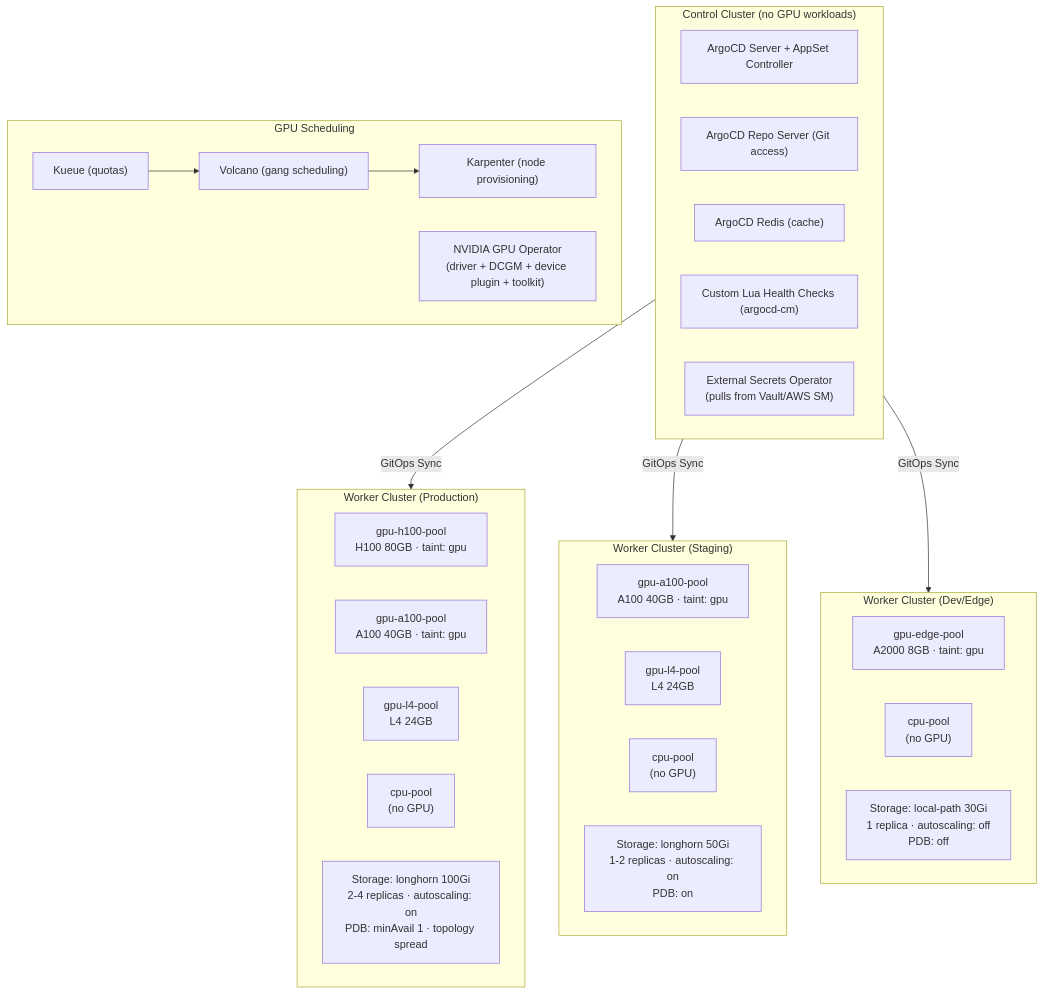
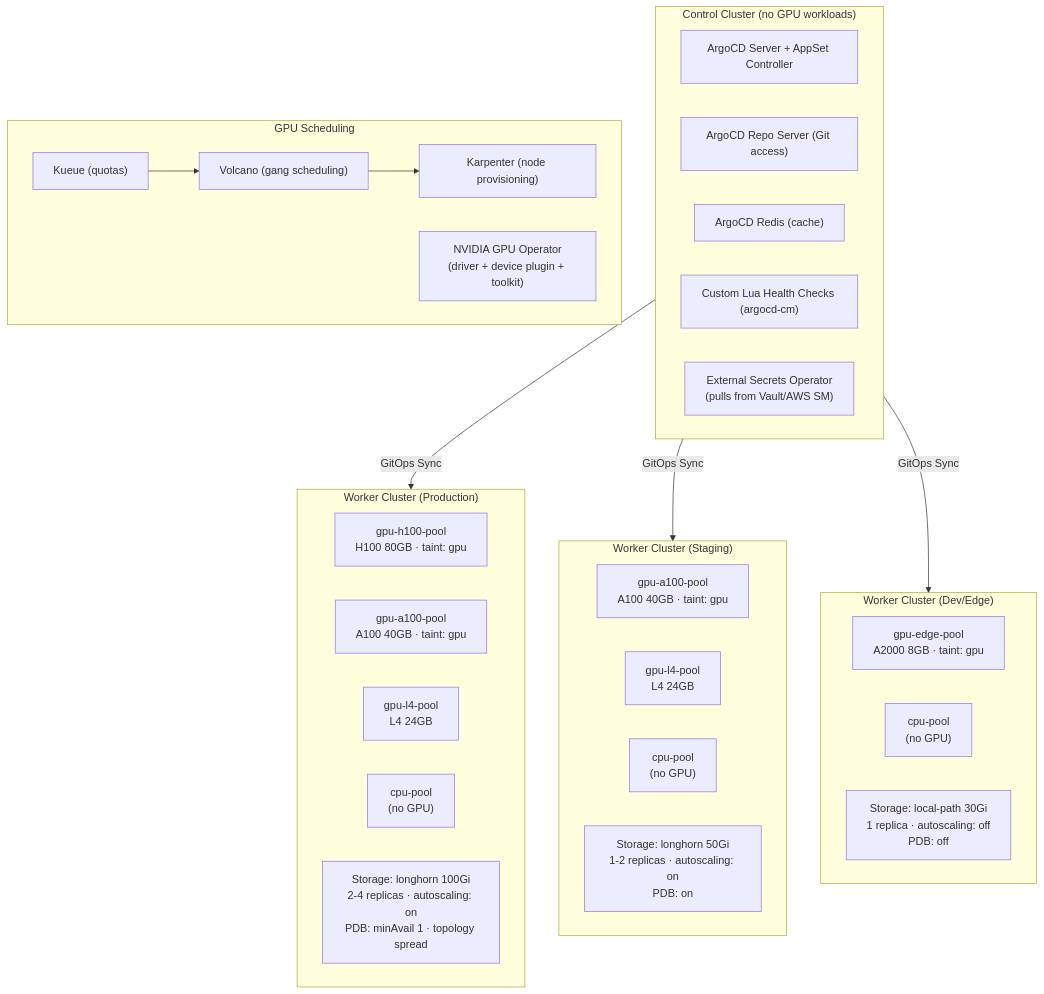
The fourth of 7 diagrams in README.md (ADORSYS-GIS/Custom-Ai-Ops), drawn with Mermaid before and after one commit. The commit also changed other lines of this file and 111 other files, not shown here.

````diff
--- a/README.md
+++ b/README.md
@@ -307,43 +248,43 @@
 ```mermaid
 graph TB
     subgraph Control["Control Cluster (no GPU workloads)"]
         ARGOCD["ArgoCD Server + AppSet Controller"]
         REPO["ArgoCD Repo Server (Git access)"]
         REDIS["ArgoCD Redis (cache)"]
         LUA["Custom Lua Health Checks (argocd-cm)"]
         ESO["External Secrets Operator<br/>(pulls from Vault/AWS SM)"]
     end
 
     Control -->|GitOps Sync| Prod
     Control -->|GitOps Sync| Staging
     Control -->|GitOps Sync| Dev
 
     subgraph Prod["Worker Cluster (Production)"]
         P1["gpu-h100-pool<br/>H100 80GB · taint: gpu"]
         P2["gpu-a100-pool<br/>A100 40GB · taint: gpu"]
         P3["gpu-l4-pool<br/>L4 24GB"]
         P4["cpu-pool<br/>(no GPU)"]
         P_STOR["Storage: longhorn 100Gi<br/>2-4 replicas · autoscaling: on<br/>PDB: minAvail 1 · topology spread"]
     end
 
     subgraph Staging["Worker Cluster (Staging)"]
         S1["gpu-a100-pool<br/>A100 40GB · taint: gpu"]
         S2["gpu-l4-pool<br/>L4 24GB"]
         S3["cpu-pool<br/>(no GPU)"]
         S_STOR["Storage: longhorn 50Gi<br/>1-2 replicas · autoscaling: on<br/>PDB: on"]
     end
 
     subgraph Dev["Worker Cluster (Dev/Edge)"]
         D1["gpu-edge-pool<br/>A2000 8GB · taint: gpu"]
         D2["cpu-pool<br/>(no GPU)"]
         D_STOR["Storage: local-path 30Gi<br/>1 replica · autoscaling: off<br/>PDB: off"]
     end
 
     subgraph Scheduling["GPU Scheduling"]
         KUEUE["Kueue (quotas)"]
         VOLCANO["Volcano (gang scheduling)"]
         KARPENTER["Karpenter (node provisioning)"]
-        GPUOP["NVIDIA GPU Operator<br/>(driver + DCGM + device plugin + toolkit)"]
+        GPUOP["NVIDIA GPU Operator<br/>(driver + device plugin + toolkit)"]
         KUEUE --> VOLCANO --> KARPENTER
     end
 ```
````
